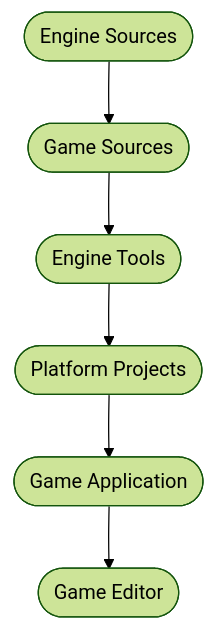
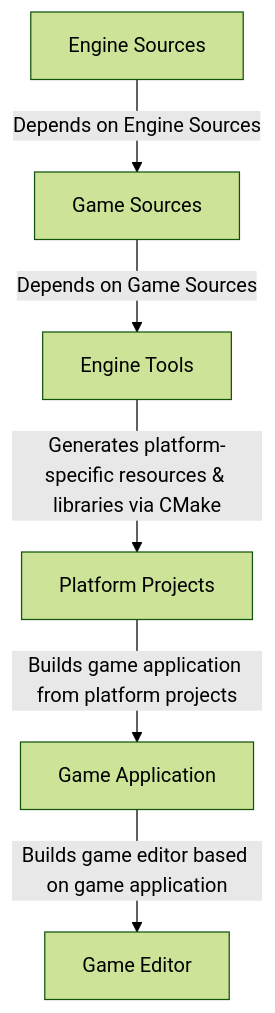
Before and after one commit to Clevergua/Tickernel: the diagram in README.md, drawn with Mermaid (forest theme). The commit also changed other lines of this file, not shown here.

````diff
--- a/README.md
+++ b/README.md
@@ -4,8 +4,8 @@
 ``` mermaid
-    flowchart TD
-    A(["Engine Sources"]) --> B(["Game Sources"])
-    B --> C(["Engine Tools"])
-    C --> n1(["Platform Projects"])
-    n1 --> n2(["Game Application"])
-    n2 --> n3(["Game Editor"])
+flowchart TD
+    A["Engine Sources"] -->|"Depends on Engine Sources"| B["Game Sources"]
+    B -->|"Depends on Game Sources"| C["Engine Tools"]
+    C -->|"Generates platform-specific resources & libraries via CMake"| D["Platform Projects"]
+    D -->|"Builds game application from platform projects"| E["Game Application"]
+    E -->|"Builds game editor based on game application"| F["Game Editor"]
 ```
````
